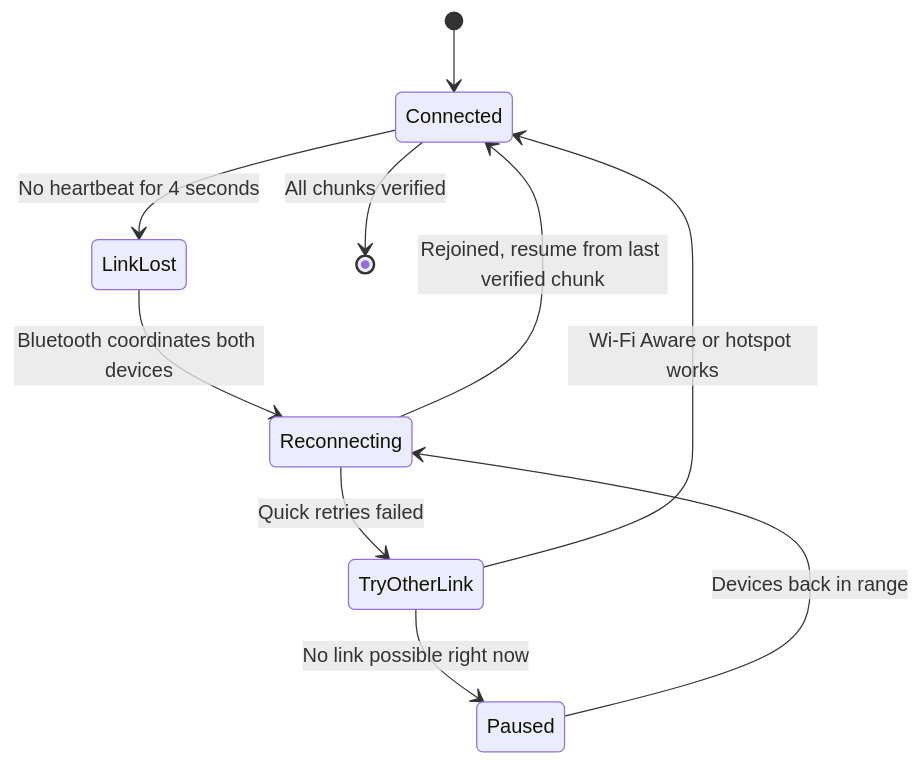
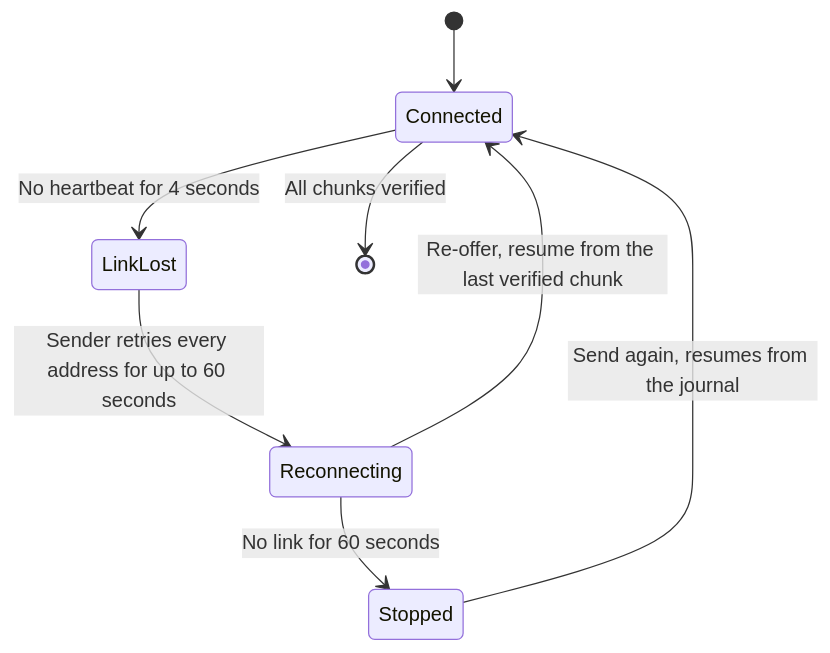
The second of 3 diagrams in docs/architecture.md (vishalpa8/Nearvolt), drawn with Mermaid before and after one commit. The commit also changed other lines of this file and 5 other files, not shown here.

````diff
--- a/docs/architecture.md
+++ b/docs/architecture.md
@@ -101,12 +76,10 @@
 ```mermaid
 stateDiagram-v2
     [*] --> Connected
     Connected --> LinkLost: No heartbeat for 4 seconds
-    LinkLost --> Reconnecting: Bluetooth coordinates both devices
-    Reconnecting --> Connected: Rejoined, resume from last verified chunk
-    Reconnecting --> TryOtherLink: Quick retries failed
-    TryOtherLink --> Connected: Wi-Fi Aware or hotspot works
-    TryOtherLink --> Paused: No link possible right now
-    Paused --> Reconnecting: Devices back in range
+    LinkLost --> Reconnecting: Sender retries every address for up to 60 seconds
+    Reconnecting --> Connected: Re-offer, resume from the last verified chunk
+    Reconnecting --> Stopped: No link for 60 seconds
+    Stopped --> Connected: Send again, resumes from the journal
     Connected --> [*]: All chunks verified
 ```
````
